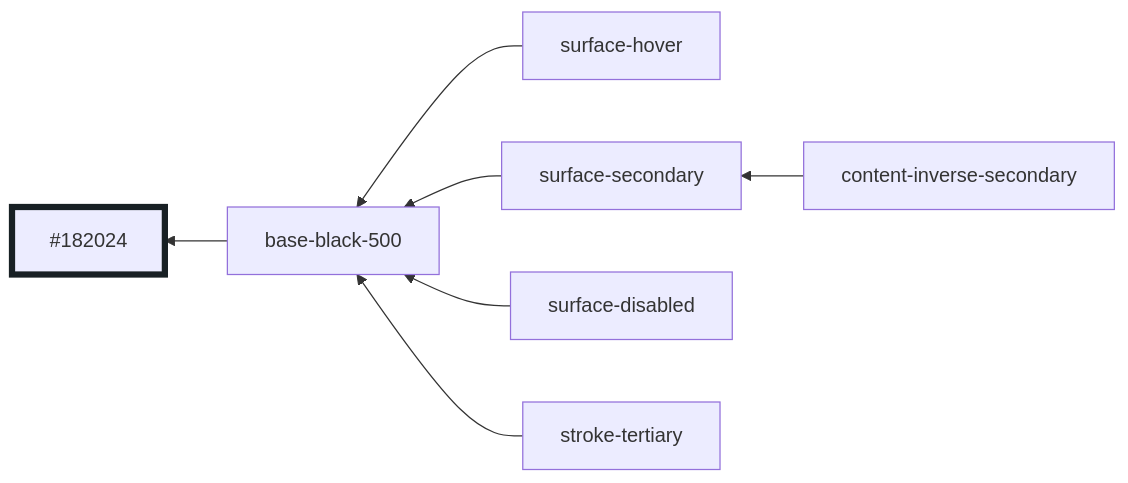
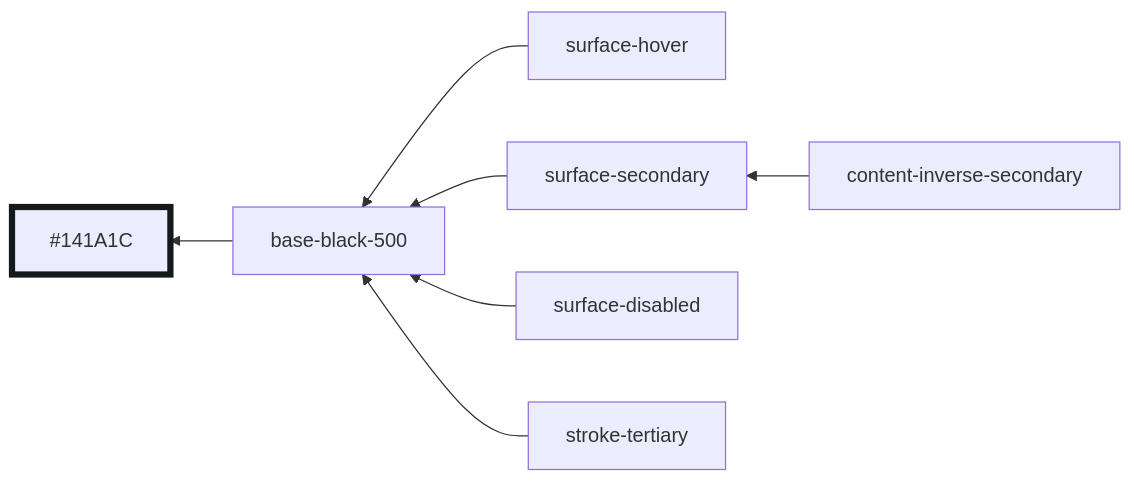
One commit to oxidecomputer/console changed diagram 27 of 30 in libs/ui/styles/themes/operator-mode.md. Above: the diagram before and after it, drawn with Mermaid. The commit also changed other lines of this file and 2 other files, not shown here.

````diff
--- a/libs/ui/styles/themes/operator-mode.md
+++ b/libs/ui/styles/themes/operator-mode.md
@@ -340,11 +340,11 @@
 ```mermaid
 graph RL
-  base-black-500 --> #182024:::base-black-500
+  base-black-500 --> #141A1C:::base-black-500
   surface-hover --> base-black-500
   surface-secondary --> base-black-500
   surface-disabled --> base-black-500
   content-inverse-secondary --> surface-secondary
   stroke-tertiary --> base-black-500
 
-  classDef base-black-500 stroke-width:5,stroke:#182024
+  classDef base-black-500 stroke-width:5,stroke:#141A1C
 ```
````
